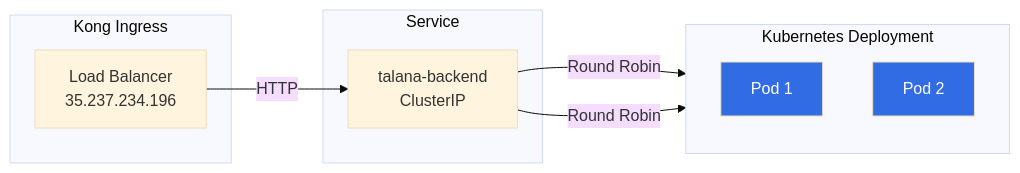
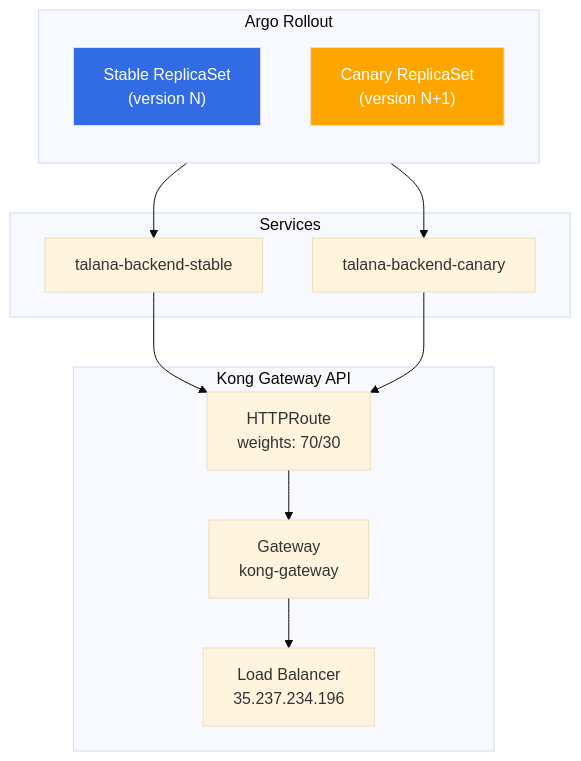
The sixth of 6 diagrams in docs/05-gitops-architecture.md (jesbensevi/talana-sre-challenge), drawn with Mermaid (base theme) before and after one commit. The commit also changed other lines of this file and 3 other files, not shown here.

````diff
--- a/docs/05-gitops-architecture.md
+++ b/docs/05-gitops-architecture.md
@@ -219,25 +243,34 @@
 ```mermaid
-flowchart LR
-    subgraph Deployment ["Kubernetes Deployment"]
+flowchart TB
+    subgraph Rollout ["Argo Rollout"]
         direction TB
-        R1["Pod 1"]
-        R2["Pod 2"]
+        STABLE["Stable ReplicaSet
+        (version N)"]
+        CANARY["Canary ReplicaSet
+        (version N+1)"]
     end
 
-    subgraph Service ["Service"]
-        S1["talana-backend
-        ClusterIP"]
+    subgraph Services ["Services"]
+        S1["talana-backend-stable"]
+        S2["talana-backend-canary"]
     end
 
-    subgraph Kong ["Kong Ingress"]
+    subgraph Gateway ["Kong Gateway API"]
+        HR["HTTPRoute
+        weights: 70/30"]
+        GW["Gateway
+        kong-gateway"]
         LB["Load Balancer
         35.237.234.196"]
     end
 
-    LB -->|"HTTP"| S1
-    S1 -->|"Round Robin"| R1
-    S1 -->|"Round Robin"| R2
+    STABLE --> S1
+    CANARY --> S2
+    S1 --> HR
+    S2 --> HR
+    HR --> GW
+    GW --> LB
 
-    style R1 fill:#326CE5,color:#fff
-    style R2 fill:#326CE5,color:#fff
+    style STABLE fill:#326CE5,color:#fff
+    style CANARY fill:#FFA500,color:#fff
 ```
````
